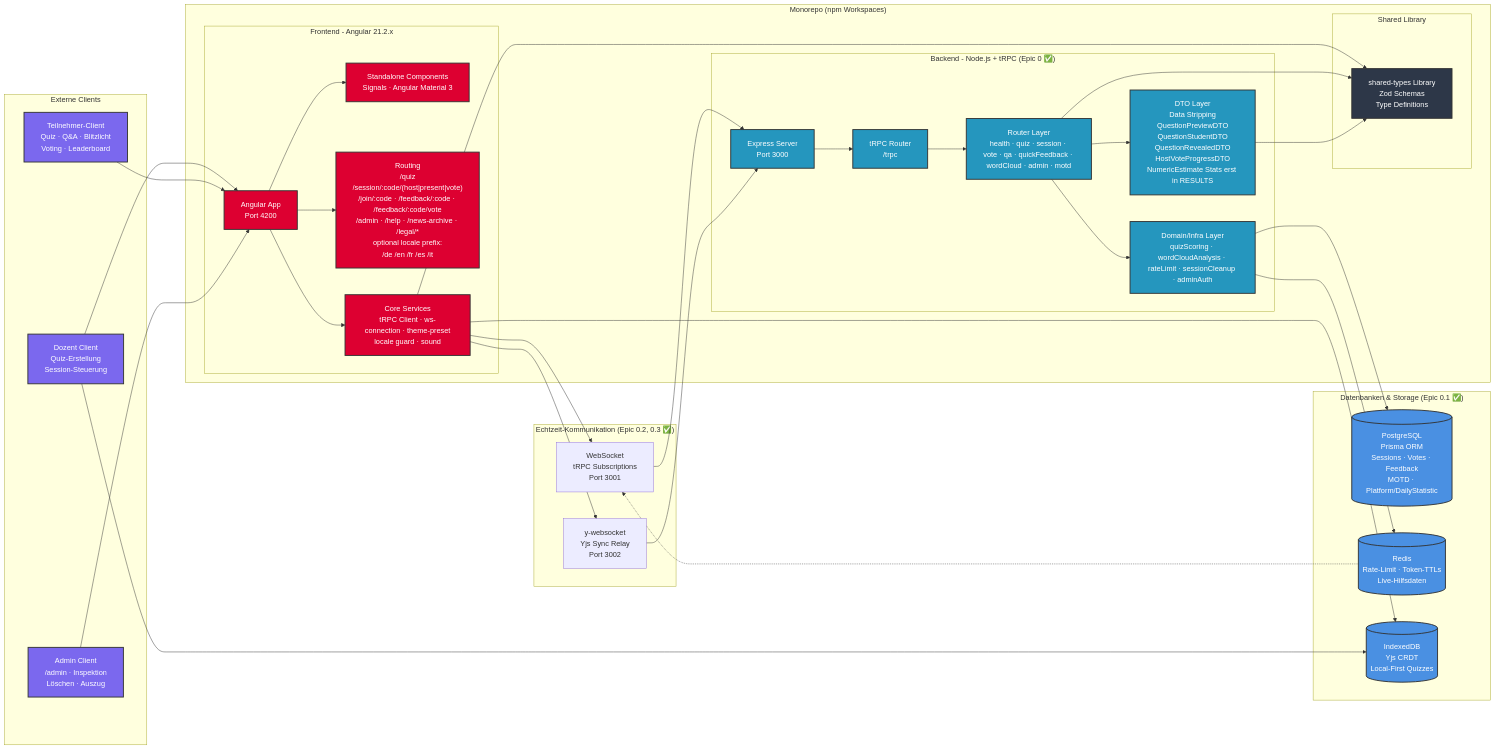
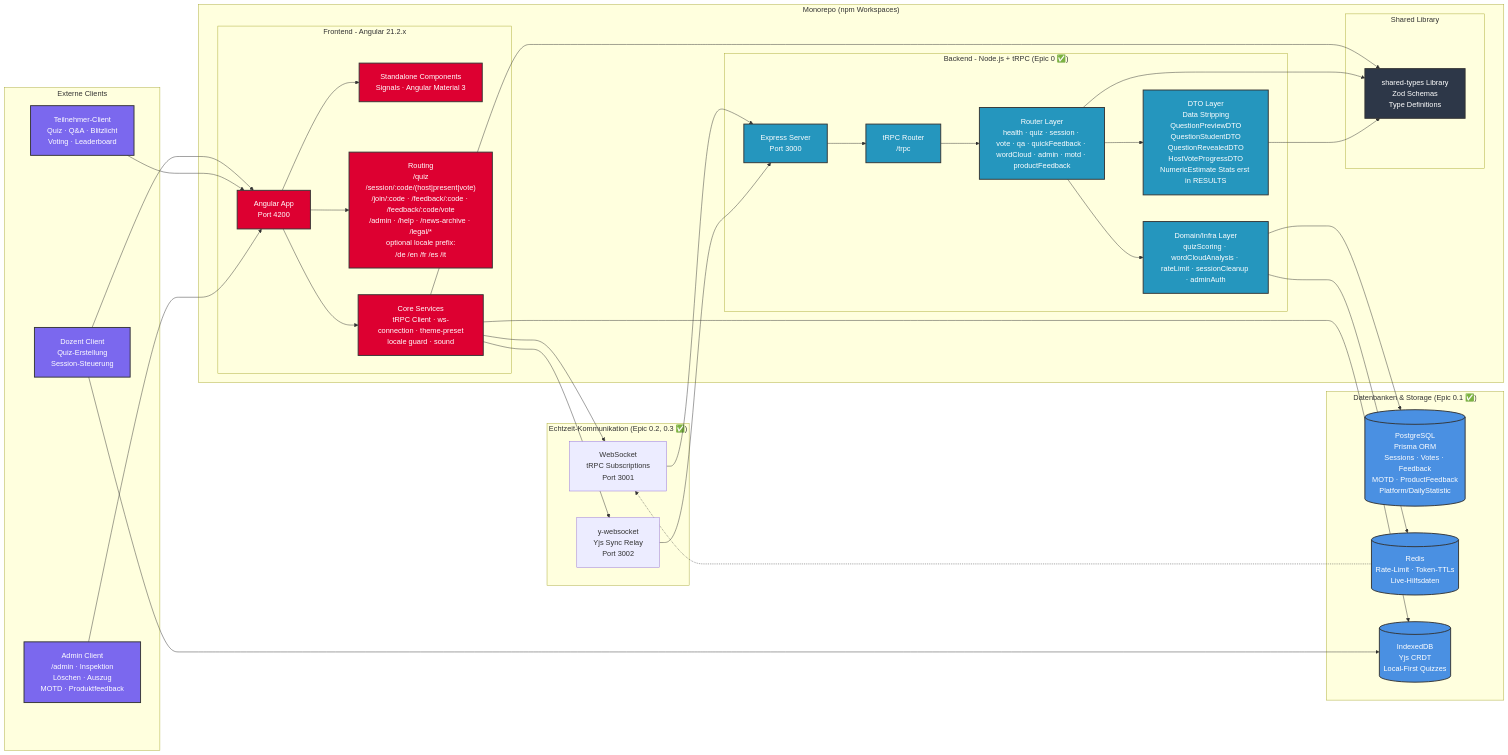
The first of 15 diagrams in docs/diagrams/architecture-overview.md (kqc-real/arsnova.eu), drawn with Mermaid before and after one commit. The commit also changed other lines of this file and 18 other files, not shown here.

```diff
--- a/docs/diagrams/architecture-overview.md
+++ b/docs/diagrams/architecture-overview.md
@@ -26,7 +26,7 @@
         subgraph "Backend - Node.js + tRPC (Epic 0 ✅)"
             BE[Express Server<br/>Port 3000]
             TRPC["tRPC Router<br/>/trpc"]
-            ROUTERS[Router Layer<br/>health · quiz · session · vote · qa · quickFeedback · wordCloud · admin · motd]
+            ROUTERS[Router Layer<br/>health · quiz · session · vote · qa · quickFeedback · wordCloud · admin · motd · productFeedback]
             SERVICES[Domain/Infra Layer<br/>quizScoring · wordCloudAnalysis · rateLimit · sessionCleanup · adminAuth]
             DTO[DTO Layer<br/>Data Stripping<br/>QuestionPreviewDTO<br/>QuestionStudentDTO<br/>QuestionRevealedDTO<br/>HostVoteProgressDTO<br/>NumericEstimate Stats erst in RESULTS]
         end
@@ -37,7 +37,7 @@
     end
 
     subgraph "Datenbanken & Storage (Epic 0.1 ✅)"
-        PG[(PostgreSQL<br/>Prisma ORM<br/>Sessions · Votes · Feedback<br/>MOTD · Platform/DailyStatistic)]
+        PG[(PostgreSQL<br/>Prisma ORM<br/>Sessions · Votes · Feedback<br/>MOTD · ProductFeedback<br/>Platform/DailyStatistic)]
         REDIS[(Redis<br/>Rate-Limit · Token-TTLs<br/>Live-Hilfsdaten)]
         IDB[(IndexedDB<br/>Yjs CRDT<br/>Local-First Quizzes)]
     end
@@ -45,7 +45,7 @@
     subgraph "Externe Clients"
         DOZENT[Dozent Client<br/>Quiz-Erstellung<br/>Session-Steuerung]
         STUDENT[Teilnehmer-Client<br/>Quiz · Q&A · Blitzlicht<br/>Voting · Leaderboard]
-        ADMIN["Admin Client<br/>/admin · Inspektion<br/>Löschen · Auszug"]
+        ADMIN["Admin Client<br/>/admin · Inspektion<br/>Löschen · Auszug<br/>MOTD · Produktfeedback"]
     end
 
     subgraph "Echtzeit-Kommunikation (Epic 0.2, 0.3 ✅)"
```
